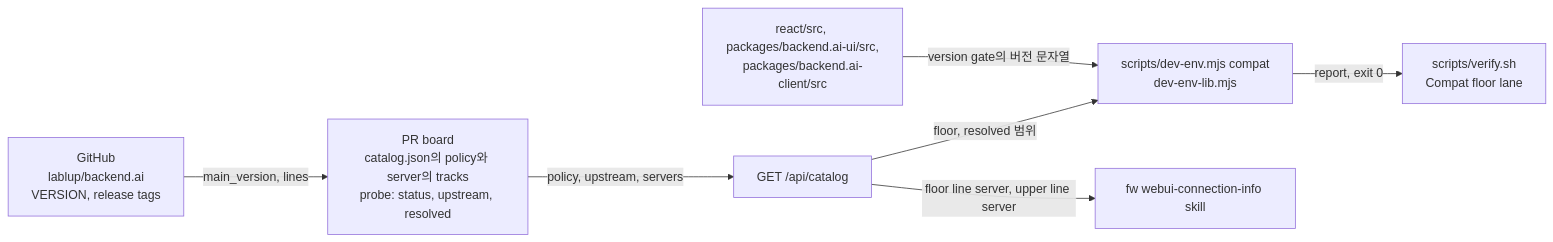
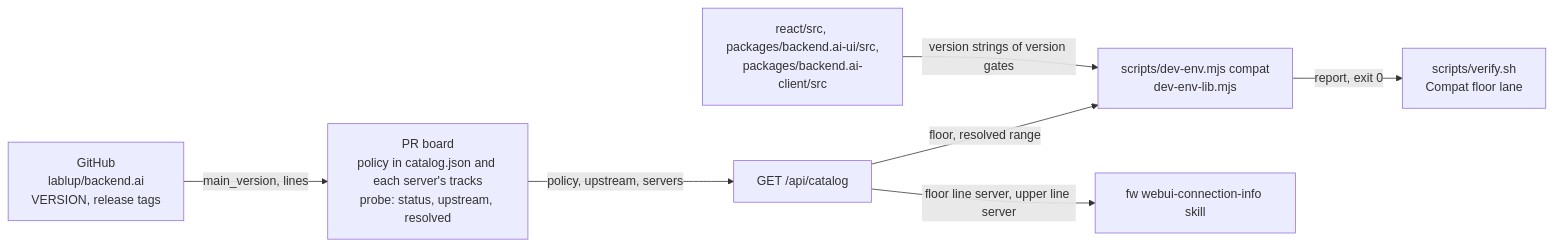
One commit to lablup/backend.ai-webui changed the first of 2 diagrams in docs/adr/0011-manager-compatibility-policy-in-the-team-dev-catalog.md. Above: the diagram before and after it, drawn with Mermaid. The commit also changed other lines of this file and 15 other files, not shown here.

First line of the commit message:
chore(#10802): translate ADR 0003–0017 and ARCHITECTURE.md into English

````diff
--- a/docs/adr/0011-manager-compatibility-policy-in-the-team-dev-catalog.md
+++ b/docs/adr/0011-manager-compatibility-policy-in-the-team-dev-catalog.md
@@ -27,16 +27,16 @@
 ```mermaid
 flowchart LR
   github["GitHub<br/>lablup/backend.ai<br/>VERSION, release tags"]
-  board["PR board<br/>catalog.json의 policy와 server의 tracks<br/>probe: status, upstream, resolved"]
+  board["PR board<br/>policy in catalog.json and each server's tracks<br/>probe: status, upstream, resolved"]
   api["GET /api/catalog"]
   compat["scripts/dev-env.mjs compat<br/>dev-env-lib.mjs"]
   verify["scripts/verify.sh<br/>Compat floor lane"]
   skill["fw webui-connection-info skill"]
   code["react/src, packages/backend.ai-ui/src,<br/>packages/backend.ai-client/src"]
   github -- "main_version, lines" --> board
   board -- "policy, upstream, servers" --> api
-  api -- "floor, resolved 범위" --> compat
+  api -- "floor, resolved range" --> compat
   api -- "floor line server, upper line server" --> skill
-  code -- "version gate의 버전 문자열" --> compat
+  code -- "version strings of version gates" --> compat
   compat -- "report, exit 0" --> verify
 ```
````
